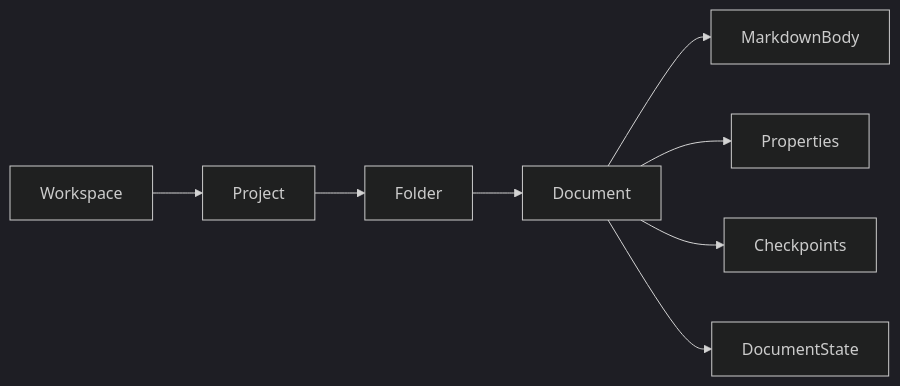
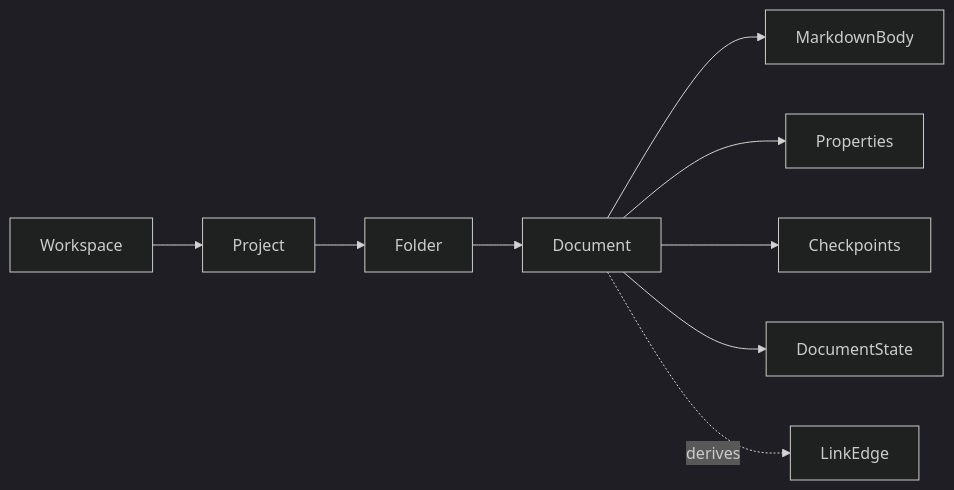
One commit to nerdchanii/realtime-markdown-editor changed the diagram in docs/domain/relations/workspace-document.md. Above: the diagram before and after it, drawn with Mermaid (dark theme). The commit also changed other lines of this file and 12 other files, not shown here.

````diff
--- a/docs/domain/relations/workspace-document.md
+++ b/docs/domain/relations/workspace-document.md
@@ -12,10 +12,11 @@
 ```mermaid
 flowchart LR
   Workspace --> Project
   Project --> Folder
   Folder --> Document
   Document --> MarkdownBody
   Document --> Properties
   Document --> Checkpoints
   Document --> DocumentState
+  Document -. derives .-> LinkEdge
 ```
````
